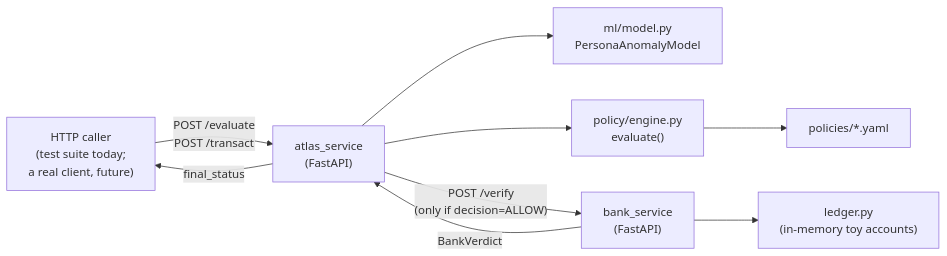
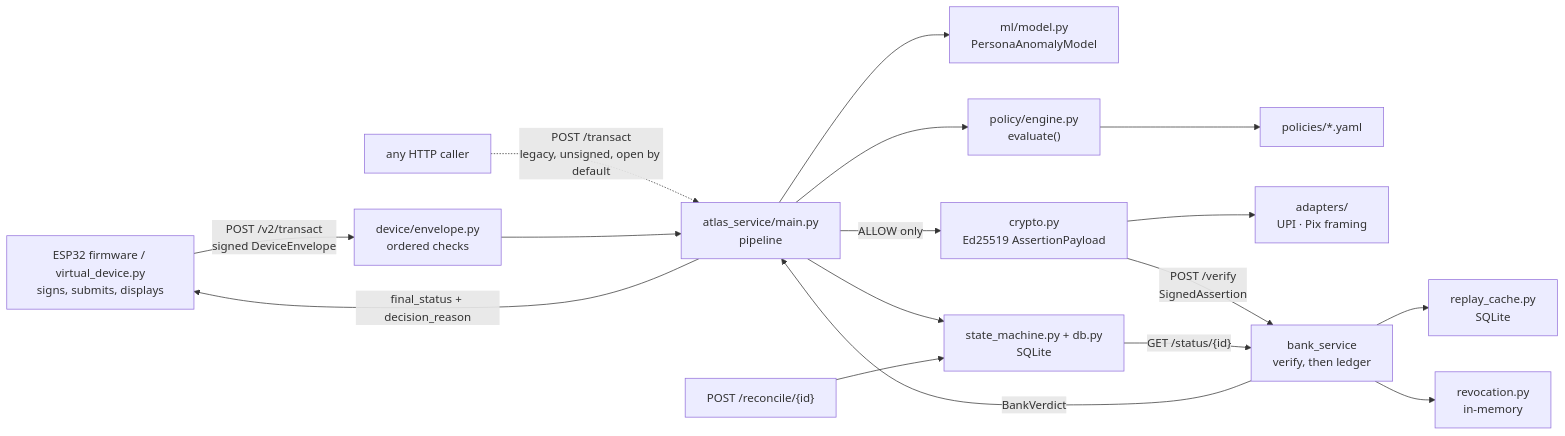
Before and after one commit to Dhanu2626/atlas: the second of 8 diagrams in docs/ATLAS-Blueprint.md, drawn with Mermaid. The commit also changed other lines of this file and 4 other files, not shown here.

````diff
--- a/docs/ATLAS-Blueprint.md
+++ b/docs/ATLAS-Blueprint.md
@@ -138,11 +166,19 @@
 ```mermaid
 flowchart LR
-    CLIENT["HTTP caller\n(test suite today;\na real client, future)"] -->|"POST /evaluate\nPOST /transact"| ATLAS["atlas_service\n(FastAPI)"]
-    ATLAS --> MLMOD["ml/model.py\nPersonaAnomalyModel"]
-    ATLAS --> POLMOD["policy/engine.py\nevaluate()"]
-    POLMOD --> POLFILE["policies/*.yaml"]
-    ATLAS -->|"POST /verify\n(only if decision=ALLOW)"| BANK["bank_service\n(FastAPI)"]
-    BANK --> LEDGER["ledger.py\n(in-memory toy accounts)"]
-    BANK -->|"BankVerdict"| ATLAS
-    ATLAS -->|"final_status"| CLIENT
+    DEV["ESP32 firmware / virtual_device.py<br/>signs, submits, displays"] -->|"POST /v2/transact<br/>signed DeviceEnvelope"| ENV["device/envelope.py<br/>ordered checks"]
+    LEG["any HTTP caller"] -.->|"POST /transact<br/>legacy, unsigned, open by default"| PIPE
+    ENV --> PIPE["atlas_service/main.py<br/>pipeline"]
+    PIPE --> MLM["ml/model.py<br/>PersonaAnomalyModel"]
+    PIPE --> POLM["policy/engine.py<br/>evaluate()"]
+    POLM --> YAML["policies/*.yaml"]
+    PIPE --> SM["state_machine.py + db.py<br/>SQLite"]
+    PIPE -->|"ALLOW only"| SIGN["crypto.py<br/>Ed25519 AssertionPayload"]
+    SIGN --> RAIL["adapters/<br/>UPI · Pix framing"]
+    SIGN -->|"POST /verify<br/>SignedAssertion"| BANK["bank_service<br/>verify, then ledger"]
+    BANK --> RC["replay_cache.py<br/>SQLite"]
+    BANK --> RV["revocation.py<br/>in-memory"]
+    BANK -->|"BankVerdict"| PIPE
+    PIPE -->|"final_status + decision_reason"| DEV
+    RECON["POST /reconcile/{id}"] --> SM
+    SM -->|"GET /status/{id}"| BANK
 ```
````
